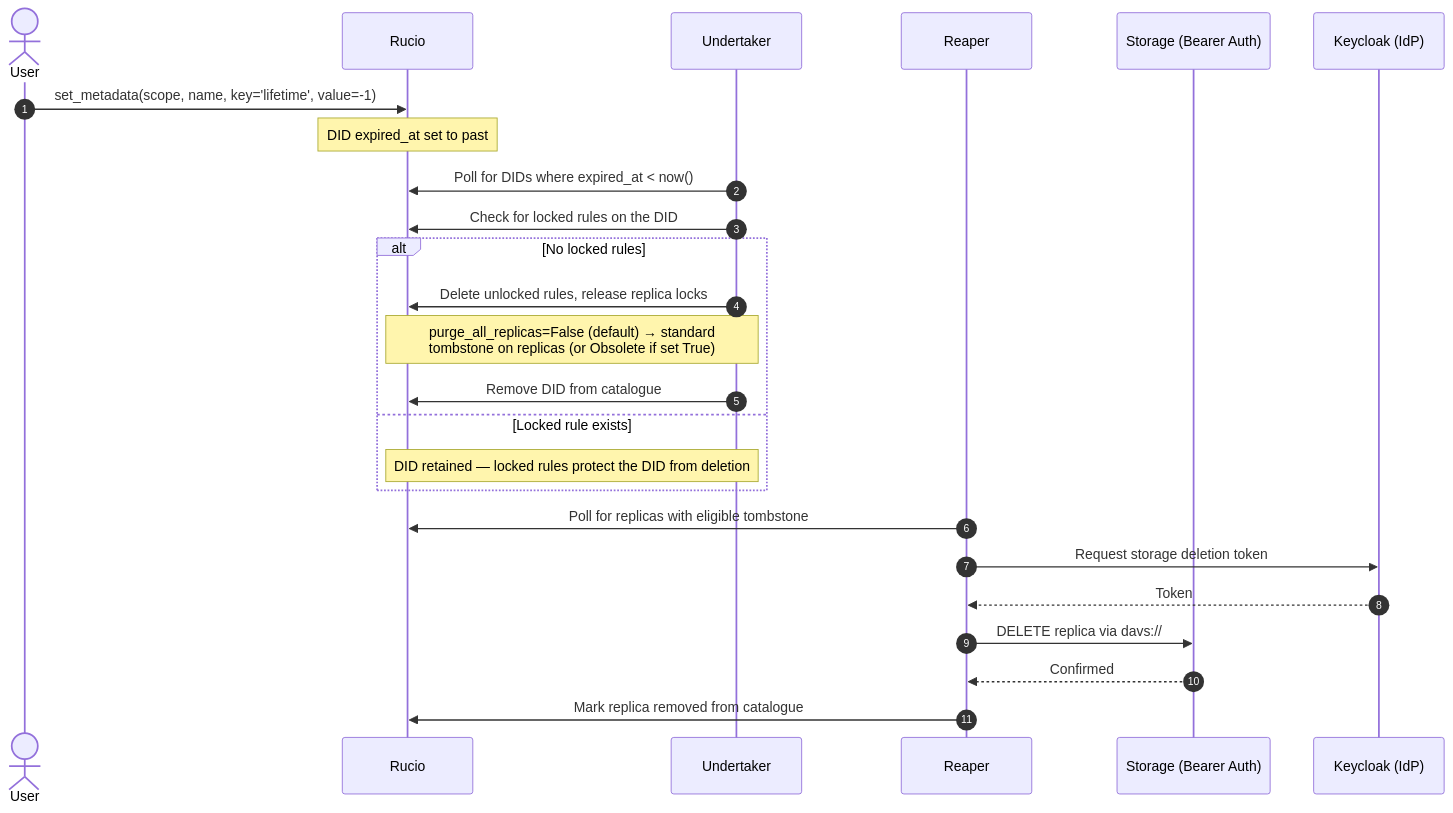
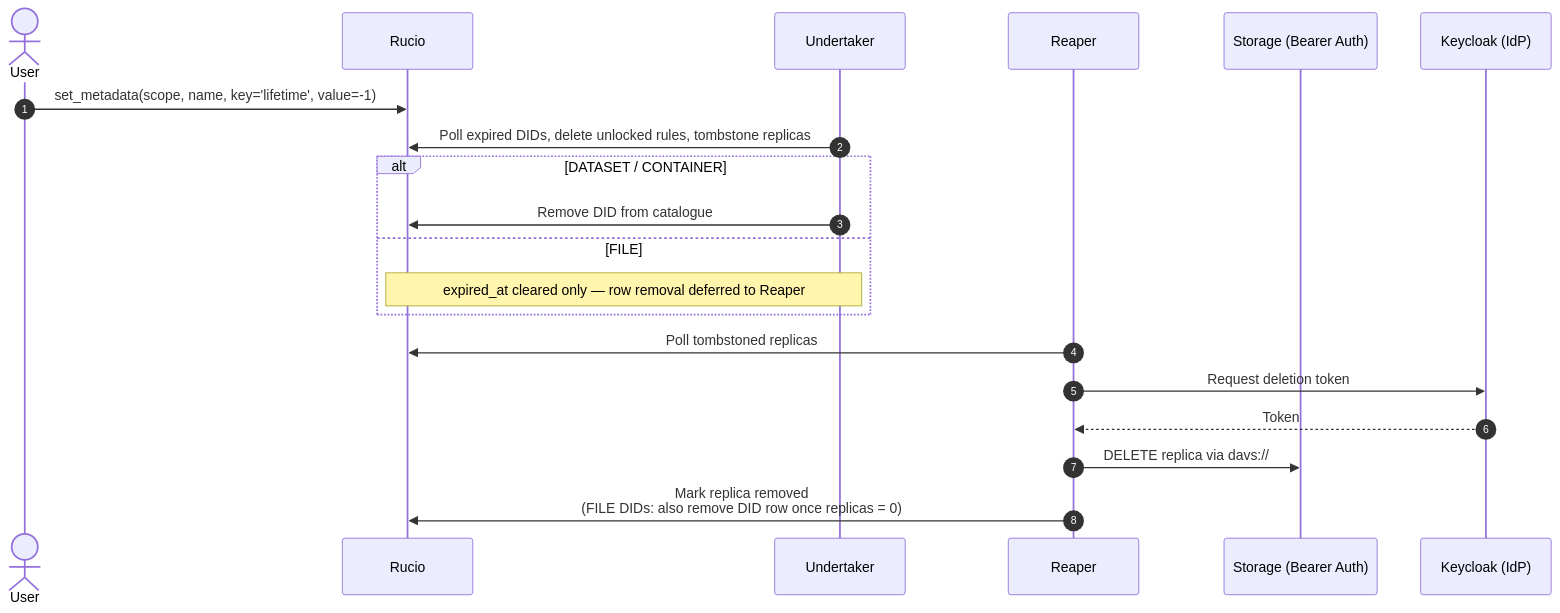
The fourth of 4 diagrams in docs/high-level-flows.md (RI-SCALE/dep-dlm-testbed), drawn with Mermaid before and after one commit. The commit also changed other lines of this file and 1 other file, not shown here.

Commit message:
fix(tests): correct undertaker's DID deletion coverage by type
Undertaker only deletes DATASET/CONTAINER DID rows directly; FILE DID
rows are only removed by Reaper, once zero replicas remain. The
existing test conflated the two by always running Reaper alongside
undertaker and asserting on the combined end state.

- docs/high-level-flows.md: split the DID-based deletion diagram by
  DID type to reflect this
- shared/tests/test_rucio_deletion.py: add test_file_did_undertaker_only
  and test_dataset_did_undertaker_only, isolating undertaker-only
  behavior for each DID type (FILE: rule removed, expired_at cleared,
  DID row and replica still present; DATASET: DID row removed directly,
  child FILE row left untouched)

Restores full-pipeline coverage as a separate renamed test rather than
dropping it.

````diff
--- a/docs/high-level-flows.md
+++ b/docs/high-level-flows.md
@@ -134,27 +127,22 @@
 ```mermaid
 sequenceDiagram
     autonumber
     actor User
     participant RS as Rucio
     participant UT as Undertaker
     participant RP as Reaper
     participant SE as Storage (Bearer Auth)
     participant KC as Keycloak (IdP)
     User->>RS: set_metadata(scope, name, key='lifetime', value=-1)
-    NOTE over RS: DID expired_at set to past
-    UT->>RS: Poll for DIDs where expired_at < now()
-    UT->>RS: Check for locked rules on the DID
-    alt No locked rules
-        UT->>RS: Delete unlocked rules, release replica locks
-        NOTE over UT,RS: purge_all_replicas=False (default) → standard<br/>tombstone on replicas (or Obsolete if set True)
+    UT->>RS: Poll expired DIDs, delete unlocked rules, tombstone replicas
+    alt DATASET / CONTAINER
         UT->>RS: Remove DID from catalogue
-    else Locked rule exists
-        NOTE over UT,RS: DID retained — locked rules protect the DID from deletion
+    else FILE
+        NOTE over UT,RS: expired_at cleared only — row removal deferred to Reaper
     end
-    RP->>RS: Poll for replicas with eligible tombstone
-    RP->>KC: Request storage deletion token
+    RP->>RS: Poll tombstoned replicas
+    RP->>KC: Request deletion token
     KC-->>RP: Token
     RP->>SE: DELETE replica via davs://
-    SE-->>RP: Confirmed
-    RP->>RS: Mark replica removed from catalogue
+    RP->>RS: Mark replica removed<br/>(FILE DIDs: also remove DID row once replicas = 0)
 ```
````
